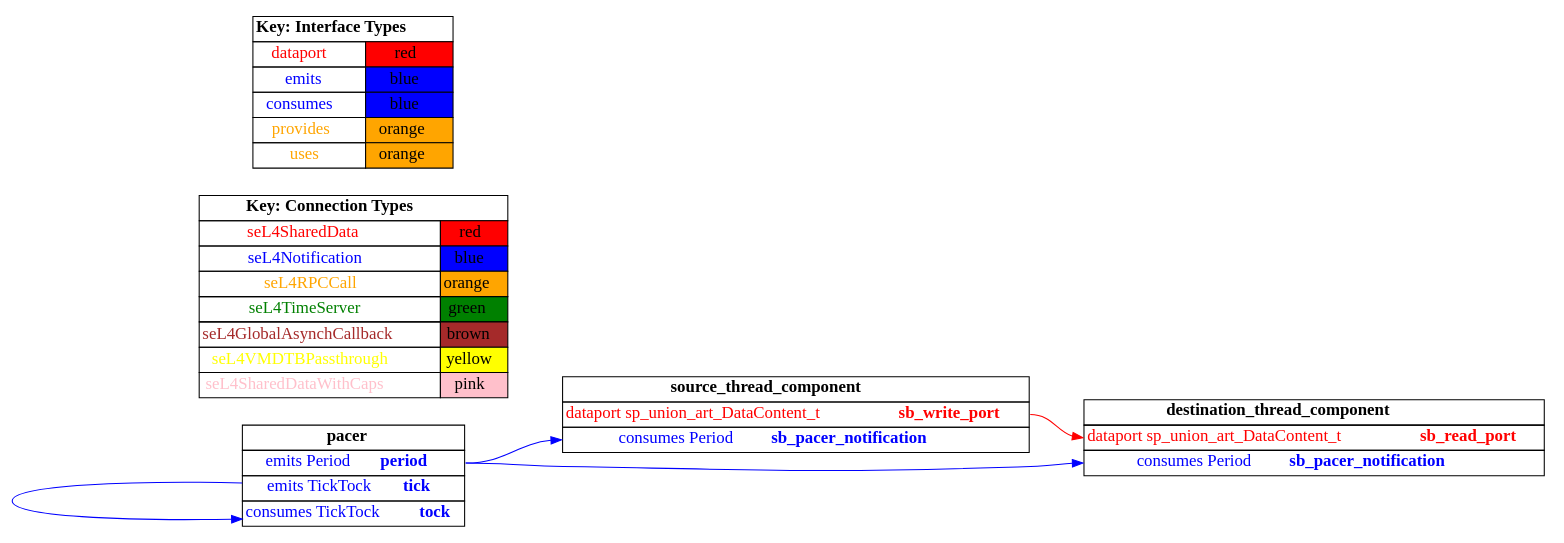
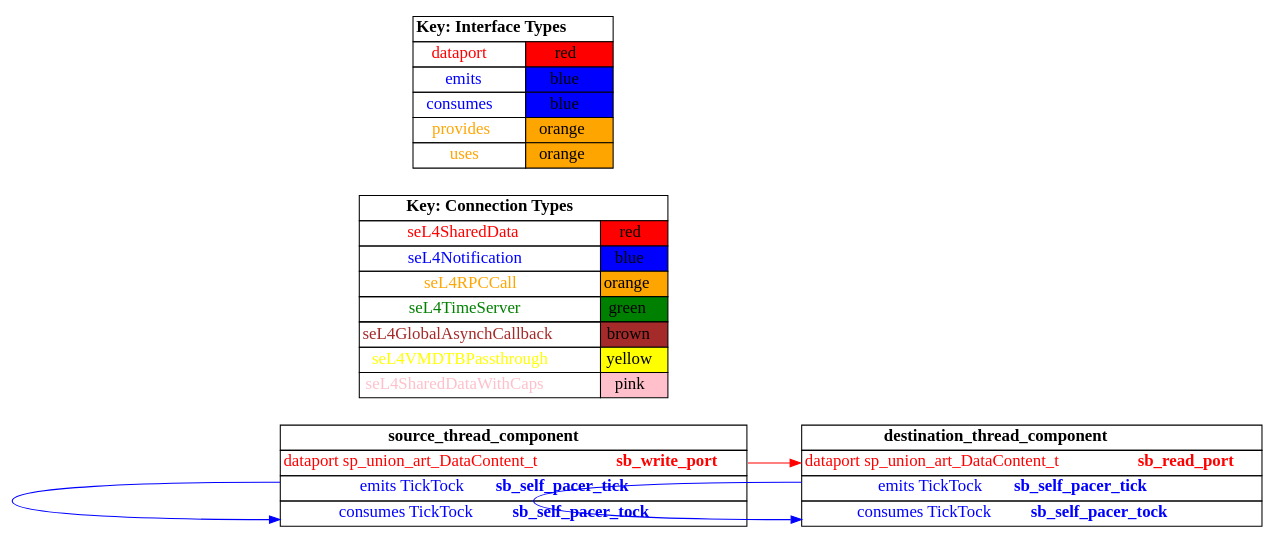
Before and after one commit to loonwerks/CASE: the diagram in TA5/tool-evaluation-4/HAMR/examples/test_data_port_periodic_domains/CAmkES_seL4/src/c/CAmkES_seL4/graph.dot, drawn with Graphviz. The commit also changed 115 other files, not shown here.

```diff
--- a/TA5/tool-evaluation-4/HAMR/examples/test_data_port_periodic_domains/CAmkES_seL4/src/c/CAmkES_seL4/graph.dot
+++ b/TA5/tool-evaluation-4/HAMR/examples/test_data_port_periodic_domains/CAmkES_seL4/src/c/CAmkES_seL4/graph.dot
@@ -1,101 +1,85 @@
 digraph g {
 graph [
   overlap = false,
   rankdir = "LR"
 ];
 node [
   fontsize = "16",
   shape = "ellipse"
 ];
 edge [
 ];
 
 source_thread_component [
   label=<
     <TABLE BORDER="0" CELLBORDER="1" CELLSPACING="0">
       <TR><TD><B>source_thread_component</B></TD></TR>
       <TR><TD PORT="sb_write_port"><FONT COLOR="red">dataport sp_union_art_DataContent_t <B>sb_write_port</B></FONT></TD></TR>
-      <TR><TD PORT="sb_pacer_notification"><FONT COLOR="blue">consumes Period <B>sb_pacer_notification</B></FONT></TD></TR>"
+      <TR><TD PORT="sb_self_pacer_tick"><FONT COLOR="blue">emits TickTock <B>sb_self_pacer_tick</B></FONT></TD></TR>
+      <TR><TD PORT="sb_self_pacer_tock"><FONT COLOR="blue">consumes TickTock <B>sb_self_pacer_tock</B></FONT></TD></TR>"
     </TABLE>
   >
   shape=plaintext
 ];
 
 destination_thread_component [
   label=<
     <TABLE BORDER="0" CELLBORDER="1" CELLSPACING="0">
       <TR><TD><B>destination_thread_component</B></TD></TR>
       <TR><TD PORT="sb_read_port"><FONT COLOR="red">dataport sp_union_art_DataContent_t <B>sb_read_port</B></FONT></TD></TR>
-      <TR><TD PORT="sb_pacer_notification"><FONT COLOR="blue">consumes Period <B>sb_pacer_notification</B></FONT></TD></TR>"
-    </TABLE>
-  >
-  shape=plaintext
-];
-
-pacer [
-  label=<
-    <TABLE BORDER="0" CELLBORDER="1" CELLSPACING="0">
-      <TR><TD><B>pacer</B></TD></TR>
-      <TR><TD PORT="period"><FONT COLOR="blue">emits Period <B>period</B></FONT></TD></TR>
-      <TR><TD PORT="tick"><FONT COLOR="blue">emits TickTock <B>tick</B></FONT></TD></TR>
-      <TR><TD PORT="tock"><FONT COLOR="blue">consumes TickTock <B>tock</B></FONT></TD></TR>"
+      <TR><TD PORT="sb_self_pacer_tick"><FONT COLOR="blue">emits TickTock <B>sb_self_pacer_tick</B></FONT></TD></TR>
+      <TR><TD PORT="sb_self_pacer_tock"><FONT COLOR="blue">consumes TickTock <B>sb_self_pacer_tock</B></FONT></TD></TR>"
     </TABLE>
   >
   shape=plaintext
 ];
 
 connectiontypekey [
   label=<
    <TABLE BORDER="0" CELLBORDER="1" CELLSPACING="0">
      <TR><TD COLSPAN="2"><B>Key: Connection Types</B></TD></TR>
      <TR><TD><FONT COLOR="red">seL4SharedData</FONT></TD><TD BGCOLOR="red">red</TD></TR>
      <TR><TD><FONT COLOR="blue">seL4Notification</FONT></TD><TD BGCOLOR="blue">blue</TD></TR>
      <TR><TD><FONT COLOR="orange">seL4RPCCall</FONT></TD><TD BGCOLOR="orange">orange</TD></TR>
      <TR><TD><FONT COLOR="green">seL4TimeServer</FONT></TD><TD BGCOLOR="green">green</TD></TR>
      <TR><TD><FONT COLOR="brown">seL4GlobalAsynchCallback</FONT></TD><TD BGCOLOR="brown">brown</TD></TR>
      <TR><TD><FONT COLOR="yellow">seL4VMDTBPassthrough</FONT></TD><TD BGCOLOR="yellow">yellow</TD></TR>
      <TR><TD><FONT COLOR="pink">seL4SharedDataWithCaps</FONT></TD><TD BGCOLOR="pink">pink</TD></TR>
    </TABLE>
   >
   shape=plaintext
 ];
 
 interfacetypekey [
   label=<
    <TABLE BORDER="0" CELLBORDER="1" CELLSPACING="0">
      <TR><TD COLSPAN="2"><B>Key: Interface Types</B></TD></TR>
      <TR><TD><FONT COLOR="red">dataport</FONT></TD><TD BGCOLOR="red">red</TD></TR>
      <TR><TD><FONT COLOR="blue">emits</FONT></TD><TD BGCOLOR="blue">blue</TD></TR>
      <TR><TD><FONT COLOR="blue">consumes</FONT></TD><TD BGCOLOR="blue">blue</TD></TR>
      <TR><TD><FONT COLOR="orange">provides</FONT></TD><TD BGCOLOR="orange">orange</TD></TR>
      <TR><TD><FONT COLOR="orange">uses</FONT></TD><TD BGCOLOR="orange">orange</TD></TR>
    </TABLE>
   >
   shape=plaintext
 ];
 
 "source_thread_component":sb_write_port -> "destination_thread_component":sb_read_port [
   color="red"
   //label = "seL4SharedData"
   id = conn1
 ];
 
-"pacer":tick -> "pacer":tock [
+"source_thread_component":sb_self_pacer_tick -> "source_thread_component":sb_self_pacer_tock [
   color="blue"
   //label = "seL4Notification"
   id = conn2
 ];
 
-"pacer":period -> "source_thread_component":sb_pacer_notification [
+"destination_thread_component":sb_self_pacer_tick -> "destination_thread_component":sb_self_pacer_tock [
   color="blue"
   //label = "seL4Notification"
   id = conn3
 ];
 
-"pacer":period -> "destination_thread_component":sb_pacer_notification [
-  color="blue"
-  //label = "seL4Notification"
-  id = conn4
-];
-
 }
```
